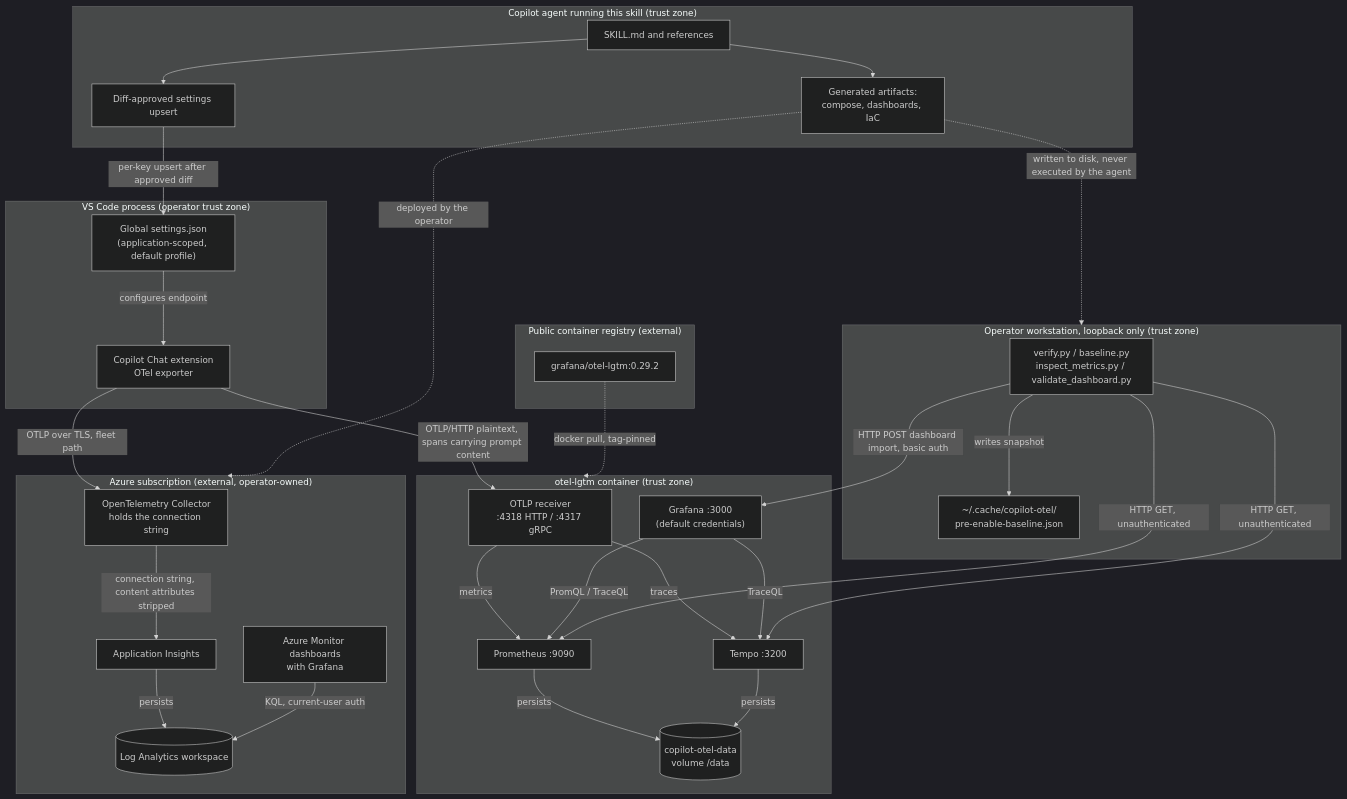
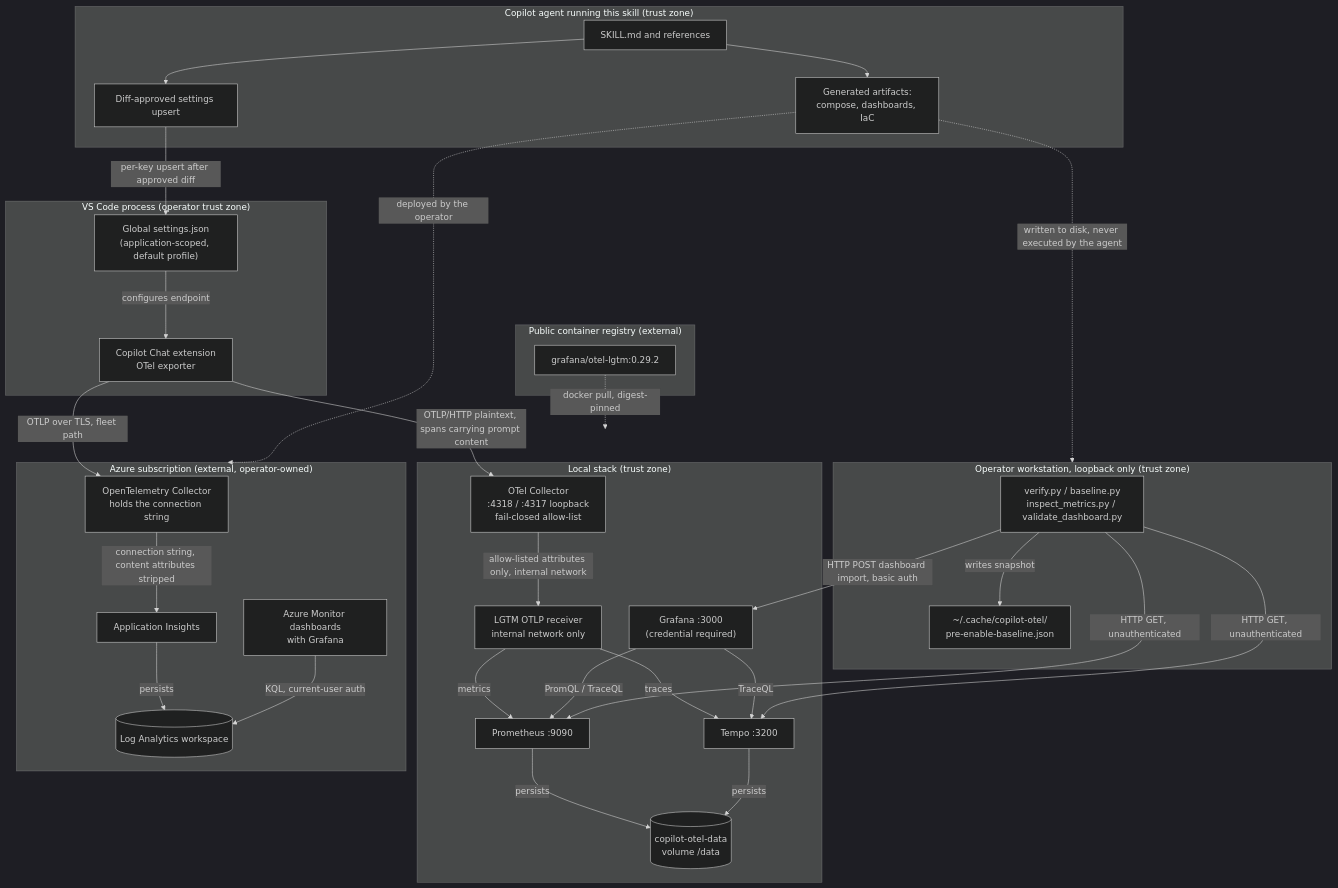
One commit to MohammedAlkindi/hve-core changed the diagram in .github/skills/experimental/copilot-otel-metrics/SECURITY.md. Above: the diagram before and after it, drawn with Mermaid (dark theme). The commit also changed other lines of this file and 30 other files, not shown here.

````diff
--- a/.github/skills/experimental/copilot-otel-metrics/SECURITY.md
+++ b/.github/skills/experimental/copilot-otel-metrics/SECURITY.md
@@ -78,54 +86,56 @@
 ```mermaid
 flowchart TD
     subgraph AGENT["Copilot agent running this skill (trust zone)"]
         SKILL["SKILL.md and references"]
         WRITE["Diff-approved settings upsert"]
         GEN["Generated artifacts:<br/>compose, dashboards, IaC"]
     end
     subgraph EDITOR["VS Code process (operator trust zone)"]
         EXT["Copilot Chat extension<br/>OTel exporter"]
         SETTINGS["Global settings.json<br/>(application-scoped, default profile)"]
     end
     subgraph HOST["Operator workstation, loopback only (trust zone)"]
         HELPERS["verify.py / baseline.py<br/>inspect_metrics.py / validate_dashboard.py"]
         SNAP["~/.cache/copilot-otel/<br/>pre-enable-baseline.json"]
     end
-    subgraph STACK["otel-lgtm container (trust zone)"]
-        OTLP["OTLP receiver<br/>:4318 HTTP / :4317 gRPC"]
+    subgraph STACK["Local stack (trust zone)"]
+        LCOLL["OTel Collector<br/>:4318 / :4317 loopback<br/>fail-closed allow-list"]
+        OTLP["LGTM OTLP receiver<br/>internal network only"]
         PROM["Prometheus :9090"]
         TEMPO["Tempo :3200"]
-        GRAF["Grafana :3000<br/>(default credentials)"]
+        GRAF["Grafana :3000<br/>(credential required)"]
         VOL[("copilot-otel-data<br/>volume /data")]
     end
     subgraph REGISTRY["Public container registry (external)"]
         IMG["grafana/otel-lgtm:0.29.2"]
     end
     subgraph AZURE["Azure subscription (external, operator-owned)"]
         COLL["OpenTelemetry Collector<br/>holds the connection string"]
         AI["Application Insights"]
         LAW[("Log Analytics workspace")]
         AMD["Azure Monitor dashboards<br/>with Grafana"]
     end
     SKILL --> WRITE
     SKILL --> GEN
     WRITE -->|"per-key upsert after approved diff"| SETTINGS
     GEN -.->|"written to disk, never executed by the agent"| HOST
     GEN -.->|"deployed by the operator"| AZURE
     SETTINGS -->|"configures endpoint"| EXT
-    EXT -->|"OTLP/HTTP plaintext, spans carrying prompt content"| OTLP
+    EXT -->|"OTLP/HTTP plaintext, spans carrying prompt content"| LCOLL
+    LCOLL -->|"allow-listed attributes only, internal network"| OTLP
     EXT -->|"OTLP over TLS, fleet path"| COLL
     OTLP -->|"metrics"| PROM
     OTLP -->|"traces"| TEMPO
     PROM -->|"persists"| VOL
     TEMPO -->|"persists"| VOL
     GRAF -->|"PromQL / TraceQL"| PROM
     GRAF -->|"TraceQL"| TEMPO
     HELPERS -->|"HTTP GET, unauthenticated"| PROM
     HELPERS -->|"HTTP GET, unauthenticated"| TEMPO
     HELPERS -->|"HTTP POST dashboard import, basic auth"| GRAF
     HELPERS -->|"writes snapshot"| SNAP
     COLL -->|"connection string, content attributes stripped"| AI
     AI -->|"persists"| LAW
     AMD -->|"KQL, current-user auth"| LAW
-    IMG -.->|"docker pull, tag-pinned"| STACK
+    IMG -.->|"docker pull, digest-pinned"| STACK
 ```
````
